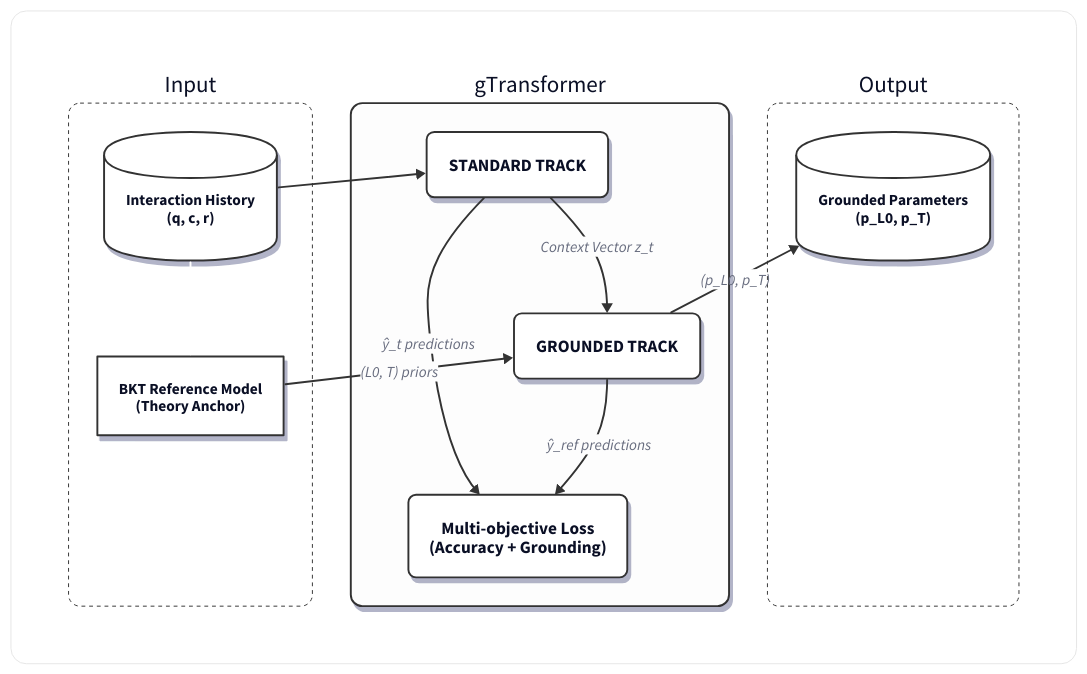
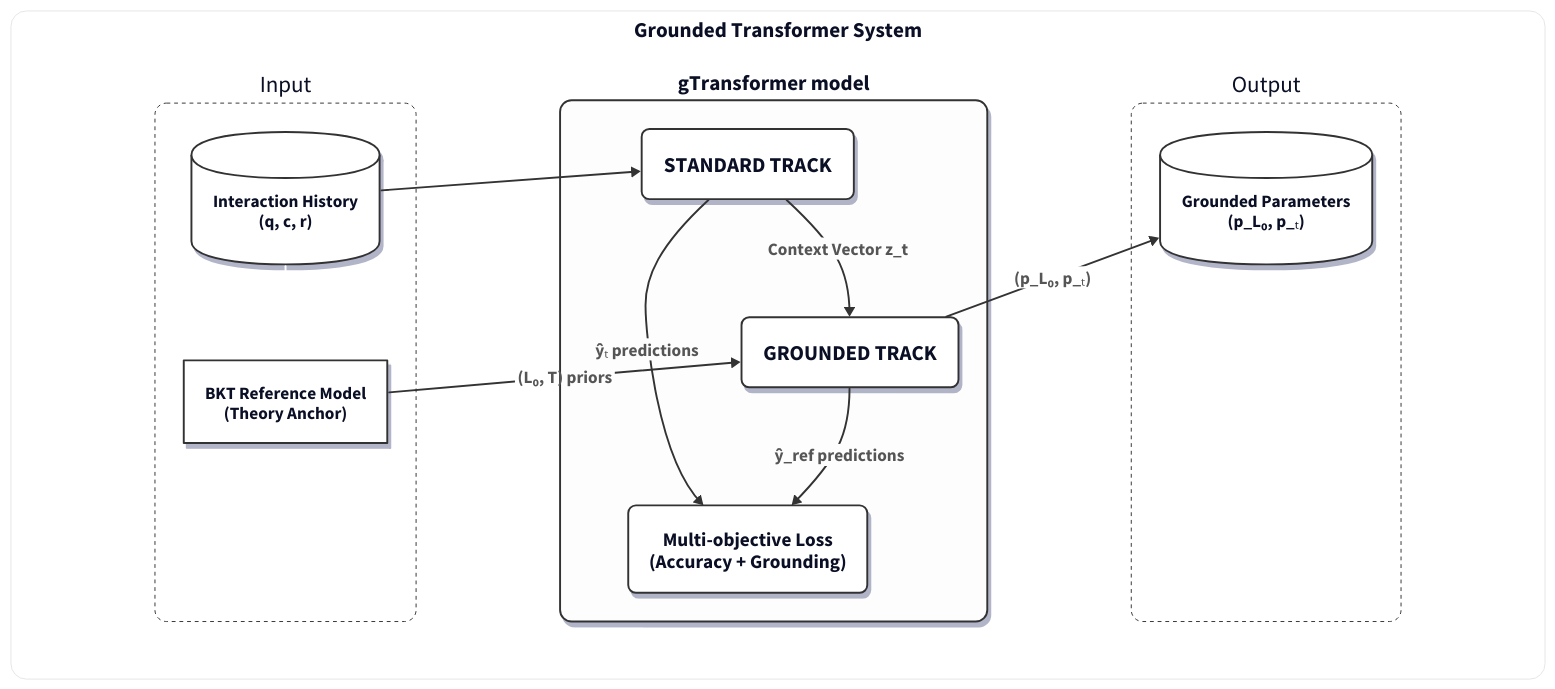
One commit to clabra/pykt-toolkit changed the diagram in paper_ectel/ectel_template/arch2.d2. Above: the diagram before and after it, drawn with D2. The commit also changed 9 other files, not shown here.

Commit message:
arch: d2 diagram for ITS

```diff
--- a/paper_ectel/ectel_template/arch2.d2
+++ b/paper_ectel/ectel_template/arch2.d2
@@ -1,123 +1,184 @@
 # Simplified gTransformer architecture for ECTEL 2026
 # Unified container layout using GRID layout to force horizontal alignment
+# Synchronized with arch3.d2: dark gray labels, larger font sizes, professional notation
 
 direction: right
 
 classes: {
   track: {
     style: {
       stroke: "#333333"
       stroke-width: 2
       shadow: true
       border-radius: 8
-      font-size: 18
+      font-size: 22
       text-transform: uppercase
       fill: "white"
+      bold: true
     }
   }
 }
 
 Architecture: {
-  label: ""
+  label: "Grounded Transformer System"
   style: {
     stroke: "#E5E5E5"
     stroke-width: 1
     fill: "white"
     border-radius: 16
+    font-size: 22
+    bold: true
   }
 
-  # Force 3 columns to ensure horizontal alignment
+  # Aggressively increase grid spacing
   grid-columns: 3
+  horizontal-gap: 150
 
   # Section 1: Input (Left)
   Input: {
     style: {
       stroke: "#333333"
       stroke-width: 1
       stroke-dash: 4
       fill: "white"
       border-radius: 12
     }
     direction: down
+    vertical-gap: 120
 
     Interactions: "Interaction History\n(q, c, r)" {
       shape: cylinder
       style: {
         fill: "white"
         stroke: "#333333"
         stroke-width: 2
         shadow: true
+        font-size: 18
       }
     }
 
     # Dummy edge to force BKT under Interactions
     Interactions -> BKT: { style.stroke: "white" }
 
     BKT: "BKT Reference Model\n(Theory Anchor)" {
       style: {
         fill: "white"
         stroke: "#333333"
         stroke-width: 2
         shadow: true
+        font-size: 18
       }
     }
   }
 
   # Section 2: gTransformer (Middle)
   gTransformer: {
-    label: "gTransformer"
+    label: "gTransformer model"
     style: {
       stroke: "#333333"
       stroke-width: 2
       fill: "#FDFDFD"
       border-radius: 12
       shadow: true
+      font-size: 22
+      bold: true
     }
     direction: down
+    vertical-gap: 120
 
     StandardTrack: "Standard Track" {
       class: track
     }
 
     GroundedTrack: "Grounded Track" {
       class: track
     }
 
     Loss: "Multi-objective Loss\n(Accuracy + Grounding)" {
       class: track
-      style.text-transform: none
+      style: {
+        text-transform: none
+        font-size: 20
+      }
     }
 
     # Internal connections
-    StandardTrack -> GroundedTrack: "Context Vector z_t" { style.stroke: "#333333"; style.stroke-width: 2 }
-    StandardTrack -> Loss: "ŷ_t predictions" { style.stroke: "#333333"; style.stroke-width: 2 }
-    GroundedTrack -> Loss: "ŷ_ref predictions" { style.stroke: "#333333"; style.stroke-width: 2 }
+    StandardTrack -> GroundedTrack: "Context Vector z_t" { 
+      style: { 
+        stroke: "#333333"
+        stroke-width: 2
+        font-color: "#555555"
+        font-size: 18
+        bold: true
+      }
+    }
+    StandardTrack -> Loss: "ŷₜ predictions" { 
+      style: { 
+        stroke: "#333333"
+        stroke-width: 2
+        font-color: "#555555"
+        font-size: 18
+        bold: true
+      }
+    }
+    GroundedTrack -> Loss: "ŷ_ref predictions" { 
+      style: { 
+        stroke: "#333333"
+        stroke-width: 2
+        font-color: "#555555"
+        font-size: 18
+        bold: true
+      }
+    }
   }
 
   # Section 3: Output (Right)
   Output: {
     style: {
       stroke: "#333333"
       stroke-width: 1
       stroke-dash: 4
       fill: "white"
       border-radius: 12
     }
     direction: down
+    vertical-gap: 120
 
-    Indicators: "Grounded Parameters\n(p_L0, p_T)" {
+    Indicators: "Grounded Parameters\n(p_L₀, p_ₜ)" {
       shape: cylinder
       style: {
         fill: "white"
         stroke: "#333333"
         stroke-width: 2
         shadow: true
+        font-size: 18
       }
     }
   }
 }
 
 # Connections outside the grid to avoid disrupting the 1-2-3 cell layout
-Architecture.Input.Interactions -> Architecture.gTransformer.StandardTrack: { style.stroke: "#333333"; style.stroke-width: 2 }
-Architecture.Input.BKT -> Architecture.gTransformer.GroundedTrack: "(L0, T) priors" { style.stroke: "#333333"; style.stroke-width: 2 }
-Architecture.gTransformer.GroundedTrack -> Architecture.Output.Indicators: "(p_L0, p_T)" { style.stroke: "#333333"; style.stroke-width: 2 }
+Architecture.Input.Interactions -> Architecture.gTransformer.StandardTrack: { 
+  style: { 
+    stroke: "#333333"
+    stroke-width: 2
+  }
+}
+Architecture.Input.BKT -> Architecture.gTransformer.GroundedTrack: "(L₀, T) priors" { 
+  style: { 
+    stroke: "#333333"
+    stroke-width: 2
+    font-color: "#555555"
+    font-size: 18
+    bold: true
+  }
+}
+Architecture.gTransformer.GroundedTrack -> Architecture.Output.Indicators: "(p_L₀, p_ₜ)" { 
+  style: { 
+    stroke: "#333333"
+    stroke-width: 2
+    font-color: "#555555"
+    font-size: 18
+    bold: true
+  }
+}
```
